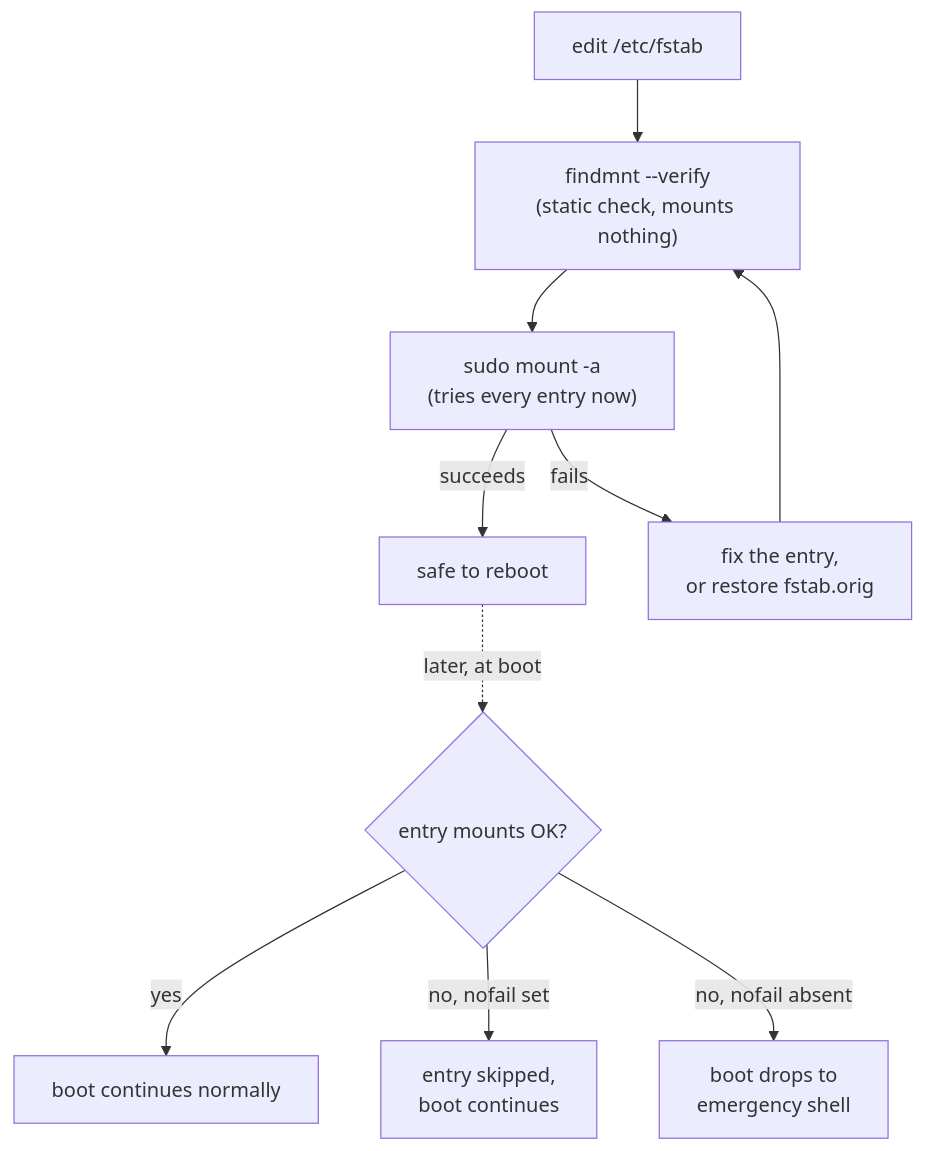
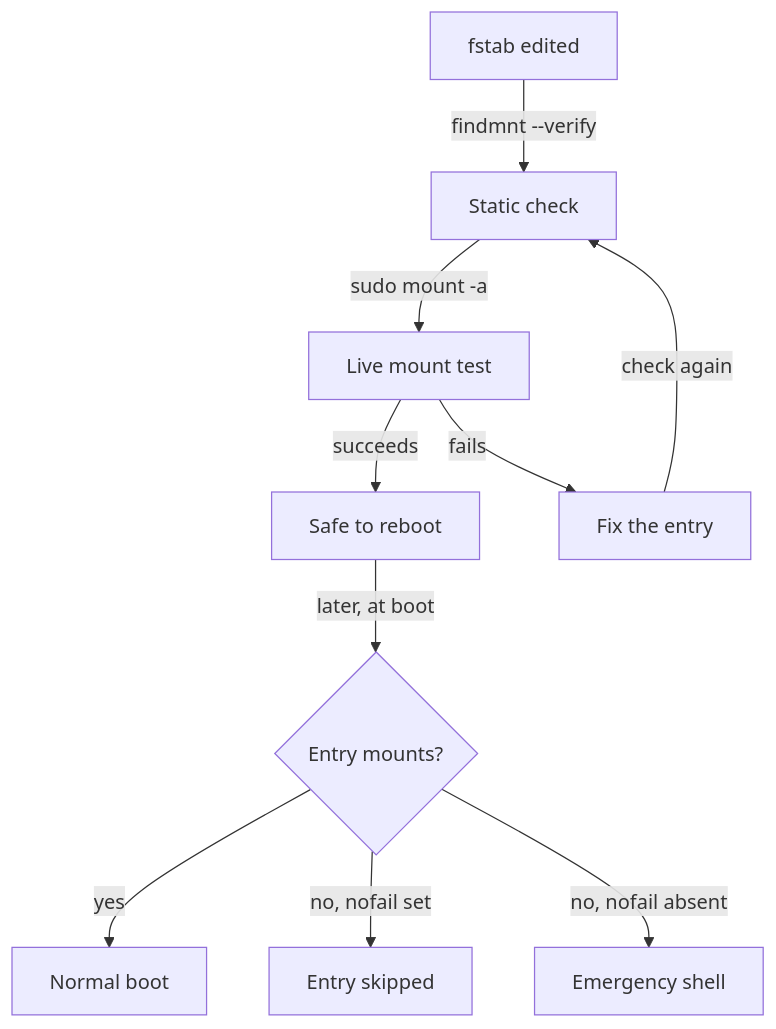
One commit to astrona-io/ATS004 changed the diagram in sections/section-010/module-05/course-02-options-and-verifying.md. Above: the diagram before and after it, drawn with Mermaid. The commit also changed other lines of this file and 287 other files, not shown here.

````diff
--- a/sections/section-010/module-05/course-02-options-and-verifying.md
+++ b/sections/section-010/module-05/course-02-options-and-verifying.md
@@ -25,13 +48,12 @@
 ```mermaid
-flowchart TD
-    EDIT["edit /etc/fstab"] --> VERIFY["findmnt --verify<br/>(static check, mounts nothing)"]
-    VERIFY --> TEST["sudo mount -a<br/>(tries every entry now)"]
-    TEST -->|succeeds| SAFE["safe to reboot"]
-    TEST -->|fails| FIXIT["fix the entry,<br/>or restore fstab.orig"]
-    FIXIT --> VERIFY
-
-    SAFE -.->|later, at boot| BOOT{"entry mounts OK?"}
-    BOOT -->|yes| UP["boot continues normally"]
-    BOOT -->|"no, nofail set"| SKIP["entry skipped,<br/>boot continues"]
-    BOOT -->|"no, nofail absent"| EMERG["boot drops to<br/>emergency shell"]
+flowchart TB
+    EDIT["fstab edited"] -->|"findmnt --verify"| VERIFY["Static check"]
+    VERIFY -->|"sudo mount -a"| TEST["Live mount test"]
+    TEST -->|"succeeds"| SAFE["Safe to reboot"]
+    TEST -->|"fails"| FIXIT["Fix the entry"]
+    FIXIT -->|"check again"| VERIFY
+    SAFE -->|"later, at boot"| BOOT{"Entry mounts?"}
+    BOOT -->|"yes"| UP["Normal boot"]
+    BOOT -->|"no, nofail set"| SKIP["Entry skipped"]
+    BOOT -->|"no, nofail absent"| EMERG["Emergency shell"]
 ```
````
